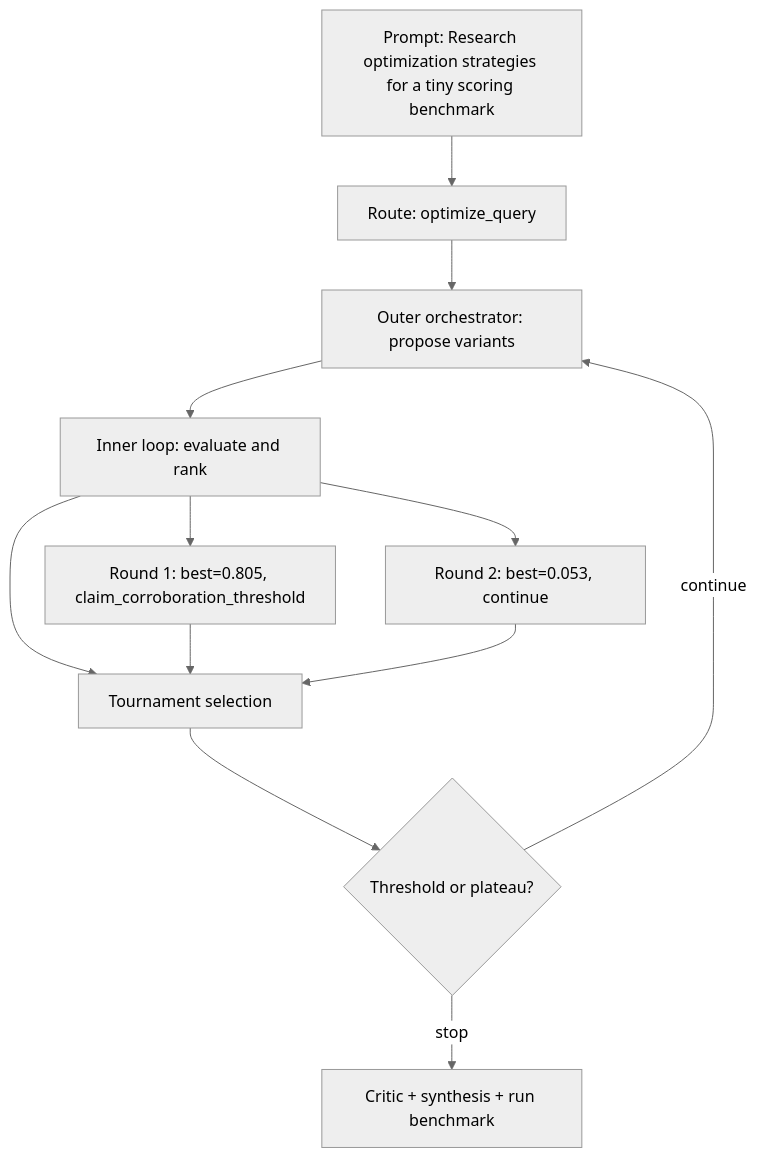
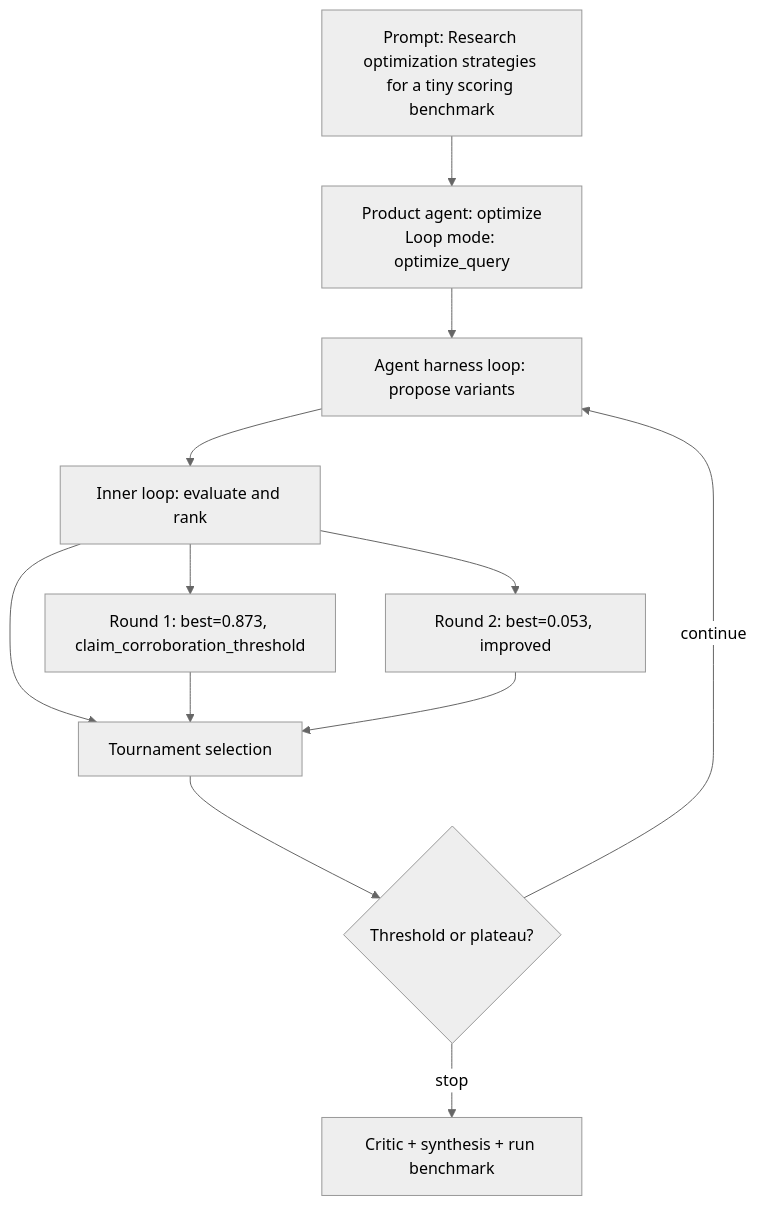
Before and after one commit to michaelzoub/research-harness: the diagram in eval_outputs/runs/optimize_query_seeded_trial_001/outputs/run_optimization-strategies-tiny-scoring-benchmark/run_benchmark.md, drawn with Mermaid (neutral theme). The commit also changed other lines of this file and 543 other files, not shown here.

Commit message:
feat(harness): Add PRD-driven agent loops, challenge objectives, and richer evals

````diff
--- a/eval_outputs/runs/optimize_query_seeded_trial_001/outputs/run_optimization-strategies-tiny-scoring-benchmark/run_benchmark.md
+++ b/eval_outputs/runs/optimize_query_seeded_trial_001/outputs/run_optimization-strategies-tiny-scoring-benchmark/run_benchmark.md
@@ -12,17 +13,17 @@
 ```mermaid
 flowchart TD
   prompt["Prompt: Research optimization strategies for a tiny scoring benchmark"]
-  route["Route: optimize_query"]
-  outer["Outer orchestrator: propose variants"]
+  route["Product agent: optimize\nLoop mode: optimize_query"]
+  outer["Agent harness loop: propose variants"]
   inner["Inner loop: evaluate and rank"]
   select["Tournament selection"]
   stop{"Threshold or plateau?"}
   synth["Critic + synthesis + run benchmark"]
   prompt --> route --> outer --> inner --> select --> stop
   stop -- continue --> outer
   stop -- stop --> synth
-  round1["Round 1: best=0.805, claim_corroboration_threshold"]
+  round1["Round 1: best=0.873, claim_corroboration_threshold"]
   inner --> round1 --> select
-  round2["Round 2: best=0.053, continue"]
+  round2["Round 2: best=0.053, improved"]
   inner --> round2 --> select
 ```
````
